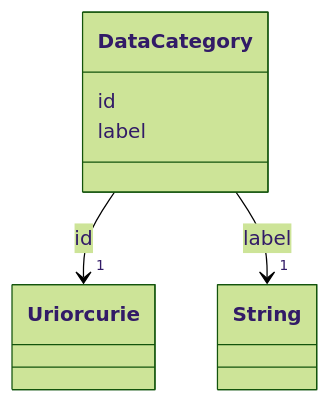
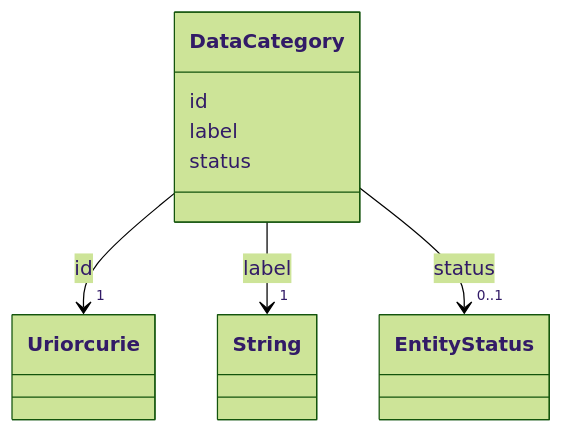
One commit to aerogyu/En-genius-Tool-Ontology changed the diagram in schema/generated/docs/DataCategory.md. Above: the diagram before and after it, drawn with Mermaid (forest theme). The commit also changed other lines of this file and 65 other files, not shown here.

````diff
--- a/schema/generated/docs/DataCategory.md
+++ b/schema/generated/docs/DataCategory.md
@@ -23,28 +23,39 @@
 ```mermaid
  classDiagram
     class DataCategory
     click DataCategory href "../DataCategory/"
       DataCategory : id
         
           
     
         
         
         DataCategory --> "1" Uriorcurie : id
         click Uriorcurie href "../http://www.w3.org/2001/XMLSchema#anyURI/"
     
 
         
       DataCategory : label
         
           
     
         
         
         DataCategory --> "1" String : label
         click String href "../http://www.w3.org/2001/XMLSchema#string/"
     
 
         
+      DataCategory : status
+        
+          
+    
+        
+        
+        DataCategory --> "0..1" EntityStatus : status
+        click EntityStatus href "../EntityStatus/"
+    
+
+        
       
 ```
````
